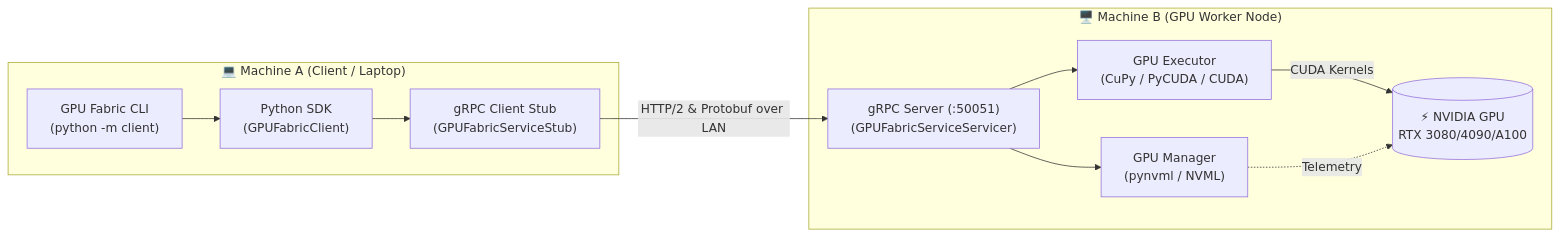
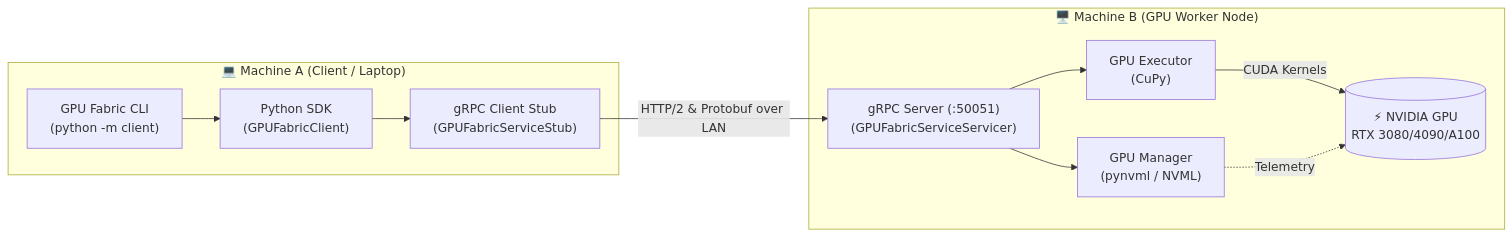
One commit to Izpiz06/gpufabric changed the diagram in README.md. Above: the diagram before and after it, drawn with Mermaid. The commit also changed other lines of this file and 3 other files, not shown here.

````diff
--- a/README.md
+++ b/README.md
@@ -62,25 +62,25 @@
 ```mermaid
 flowchart LR
     subgraph ClientMachine["💻 Machine A (Client / Laptop)"]
         CLI["GPU Fabric CLI\n(python -m client)"]
         SDK["Python SDK\n(GPUFabricClient)"]
         Stub["gRPC Client Stub\n(GPUFabricServiceStub)"]
 
         CLI --> SDK
         SDK --> Stub
     end
 
     subgraph WorkerMachine["🖥️ Machine B (GPU Worker Node)"]
         Server["gRPC Server (:50051)\n(GPUFabricServiceServicer)"]
         NVML["GPU Manager\n(pynvml / NVML)"]
-        Executor["GPU Executor\n(CuPy / PyCUDA / CUDA)"]
+        Executor["GPU Executor\n(CuPy)"]
         GPU[("⚡ NVIDIA GPU\nRTX 3080/4090/A100")]
 
         Server --> NVML
         Server --> Executor
         Executor -->|CUDA Kernels| GPU
         NVML -.->|Telemetry| GPU
     end
 
     Stub -->|"HTTP/2 & Protobuf over LAN"| Server
 ```
````
